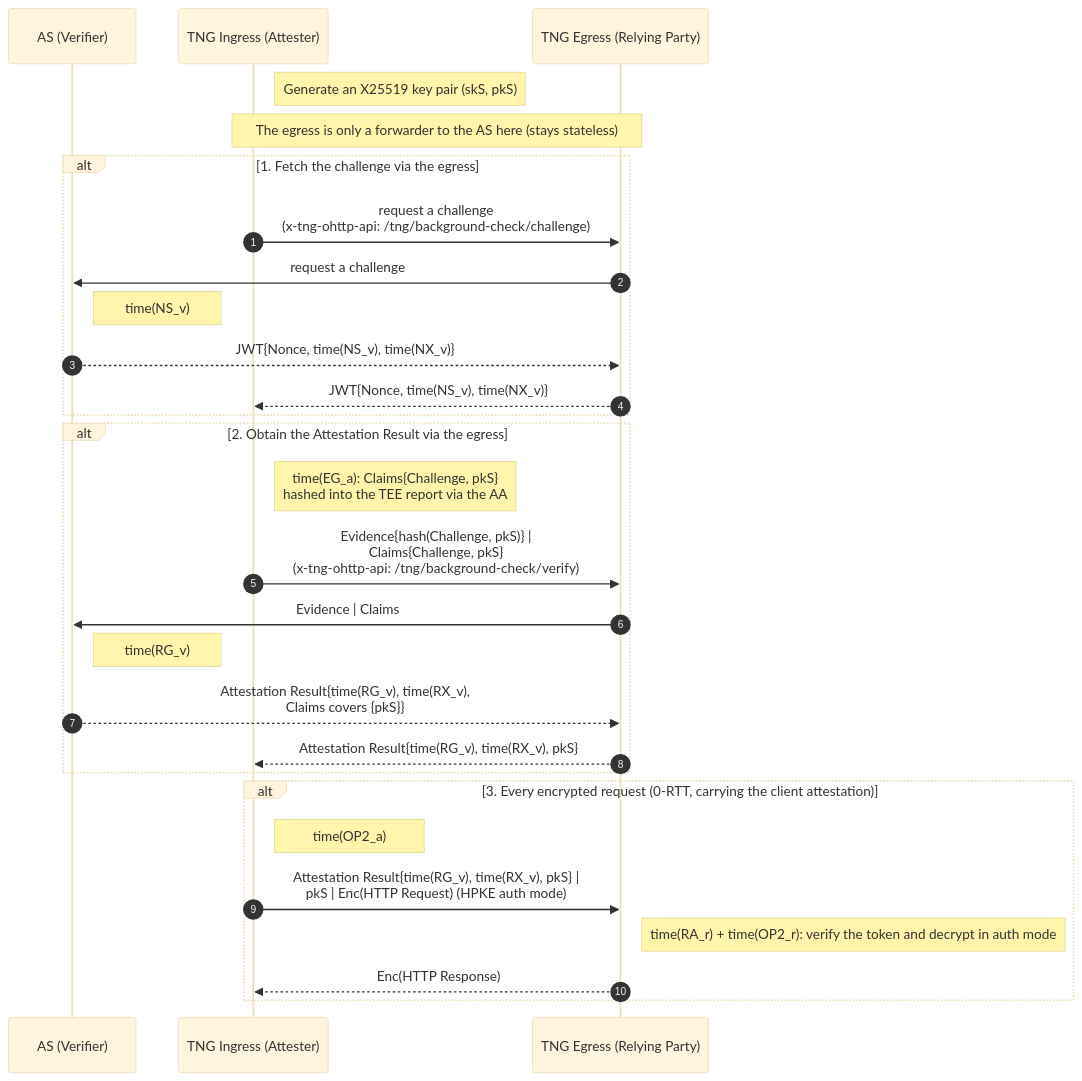
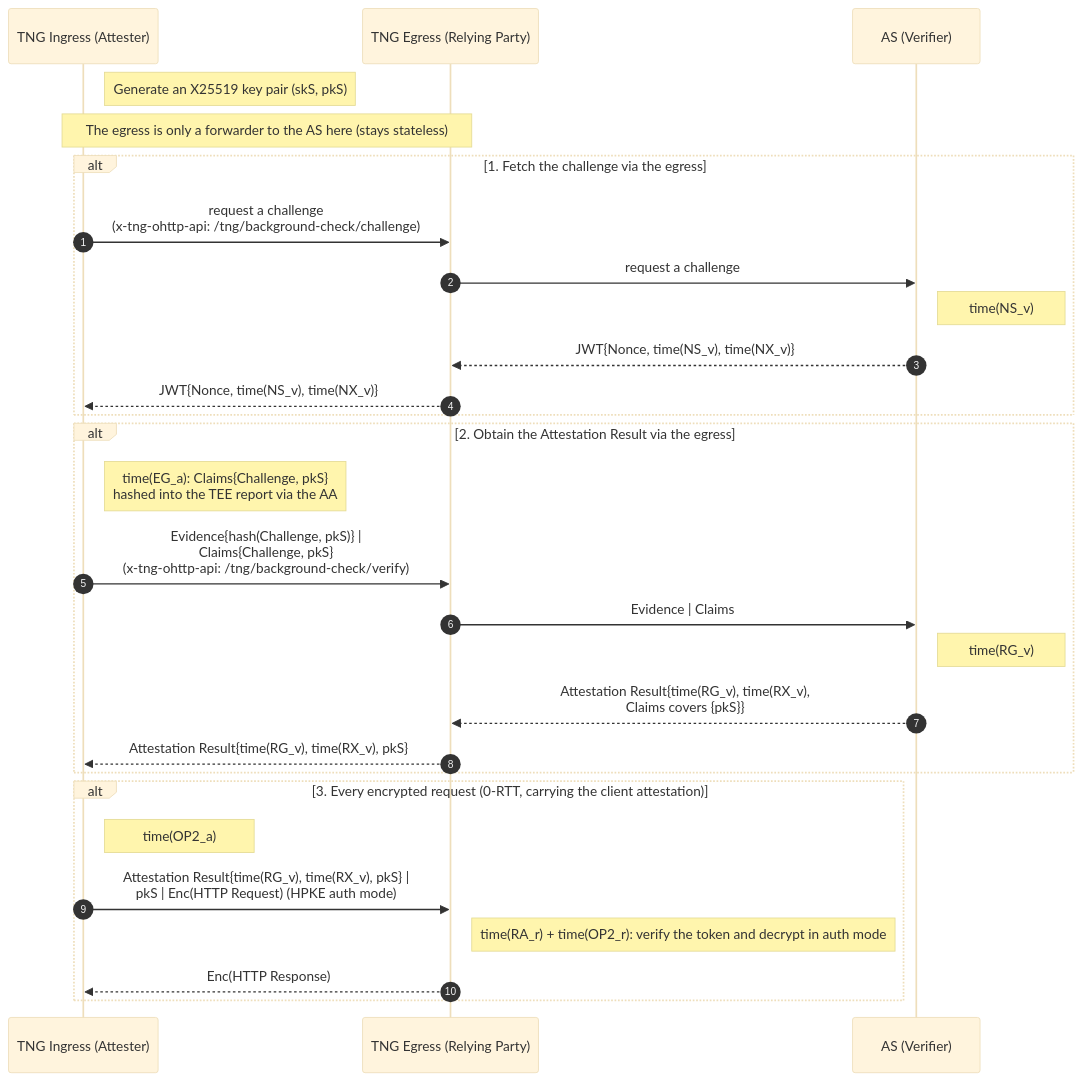
One commit to inclavare-containers/TNG changed the fifth of 12 diagrams in docs/protocols.md. Above: the diagram before and after it, drawn with Mermaid (base theme). The commit also changed other lines of this file and 4 other files, not shown here.

````diff
--- a/docs/protocols.md
+++ b/docs/protocols.md
@@ -330,30 +332,30 @@
 ```mermaid
 sequenceDiagram
     autonumber
-    participant V as AS (Verifier)
     participant AT as TNG Ingress (Attester)
     participant RP as TNG Egress (Relying Party)
+    participant V as AS (Verifier)
     Note right of AT: Generate an X25519 key pair (skS, pkS)
     Note over AT,RP: The egress is only a forwarder to the AS here (stays stateless)
     alt 1. Fetch the challenge via the egress
         AT->>RP: request a challenge<br/>(x-tng-ohttp-api: /tng/background-check/challenge)
         RP->>V: request a challenge
         Note right of V: time(NS_v)
         V-->>RP: JWT{Nonce, time(NS_v), time(NX_v)}
         RP-->>AT: JWT{Nonce, time(NS_v), time(NX_v)}
     end
     alt 2. Obtain the Attestation Result via the egress
         Note right of AT: time(EG_a): Claims{Challenge, pkS}<br/>hashed into the TEE report via the AA
         AT->>RP: Evidence{hash(Challenge, pkS)} |<br/>Claims{Challenge, pkS}<br/>(x-tng-ohttp-api: /tng/background-check/verify)
         RP->>V: Evidence | Claims
         Note right of V: time(RG_v)
         V-->>RP: Attestation Result{time(RG_v), time(RX_v),<br/>Claims covers {pkS}}
         RP-->>AT: Attestation Result{time(RG_v), time(RX_v), pkS}
     end
     alt 3. Every encrypted request (0-RTT, carrying the client attestation)
         Note right of AT: time(OP2_a)
         AT->>RP: Attestation Result{time(RG_v), time(RX_v), pkS} |<br/>pkS | Enc(HTTP Request) (HPKE auth mode)
         Note right of RP: time(RA_r) + time(OP2_r): verify the token and decrypt in auth mode
         RP-->>AT: Enc(HTTP Response)
     end
 ```
````
